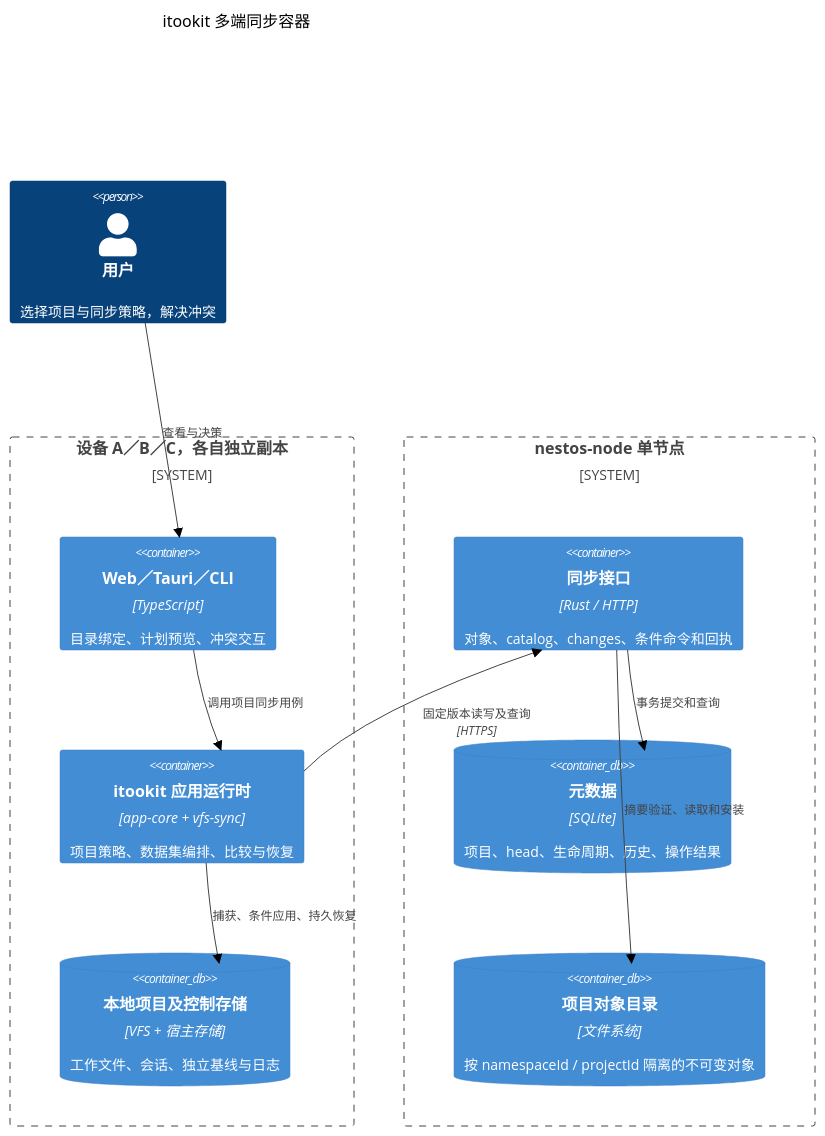
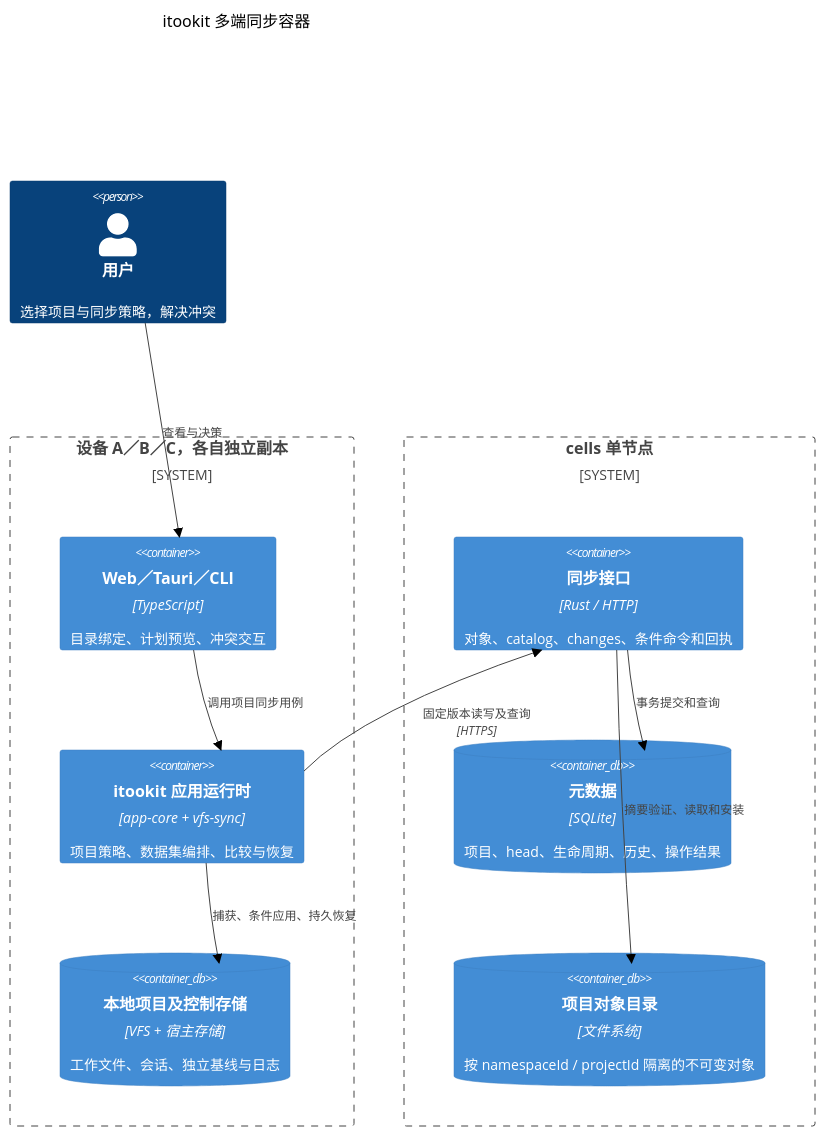
The second of 6 diagrams in doc/design/project-sync.md (mushuanli/NestOS), drawn with Mermaid (forest theme) before and after one commit. The commit also changed other lines of this file and 173 other files, not shown here.

Commit message:
refactor(cells)!: migrate node and driver identities across NestOS

````diff
--- a/doc/design/project-sync.md
+++ b/doc/design/project-sync.md
@@ -900,21 +900,21 @@
 ```mermaid
 C4Container
     title itookit 多端同步容器
     Person(user, "用户", "选择项目与同步策略，解决冲突")
     System_Boundary(device, "设备 A／B／C，各自独立副本") {
         Container(ui, "Web／Tauri／CLI", "TypeScript", "目录绑定、计划预览、冲突交互")
         Container(app, "itookit 应用运行时", "app-core + vfs-sync", "项目策略、数据集编排、比较与恢复")
         ContainerDb(local, "本地项目及控制存储", "VFS + 宿主存储", "工作文件、会话、独立基线与日志")
     }
-    System_Boundary(server, "nestos-node 单节点") {
+    System_Boundary(server, "cells 单节点") {
         Container(api, "同步接口", "Rust / HTTP", "对象、catalog、changes、条件命令和回执")
         ContainerDb(metadata, "元数据", "SQLite", "项目、head、生命周期、历史、操作结果")
         ContainerDb(objects, "项目对象目录", "文件系统", "按 namespaceId / projectId 隔离的不可变对象")
     }
     Rel(user, ui, "查看与决策")
     Rel(ui, app, "调用项目同步用例")
     Rel(app, local, "捕获、条件应用、持久恢复")
     Rel(app, api, "固定版本读写及查询", "HTTPS")
     Rel(api, metadata, "事务提交和查询")
     Rel(api, objects, "摘要验证、读取和安装")
 ```
````
